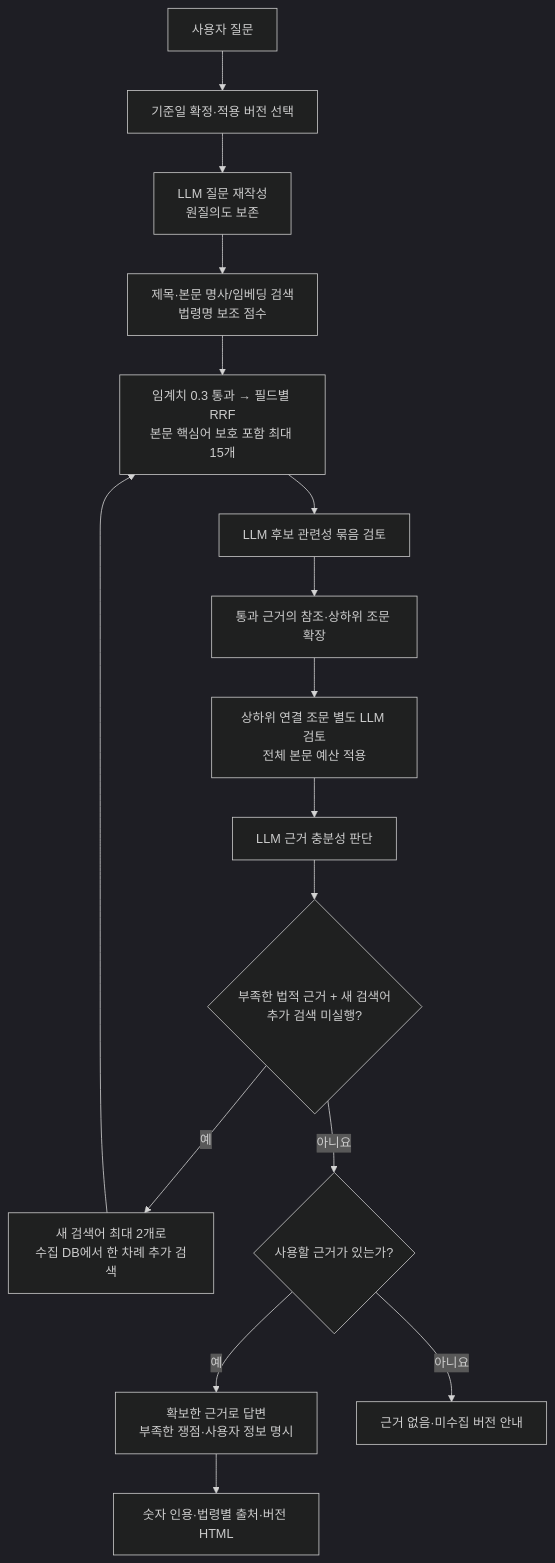
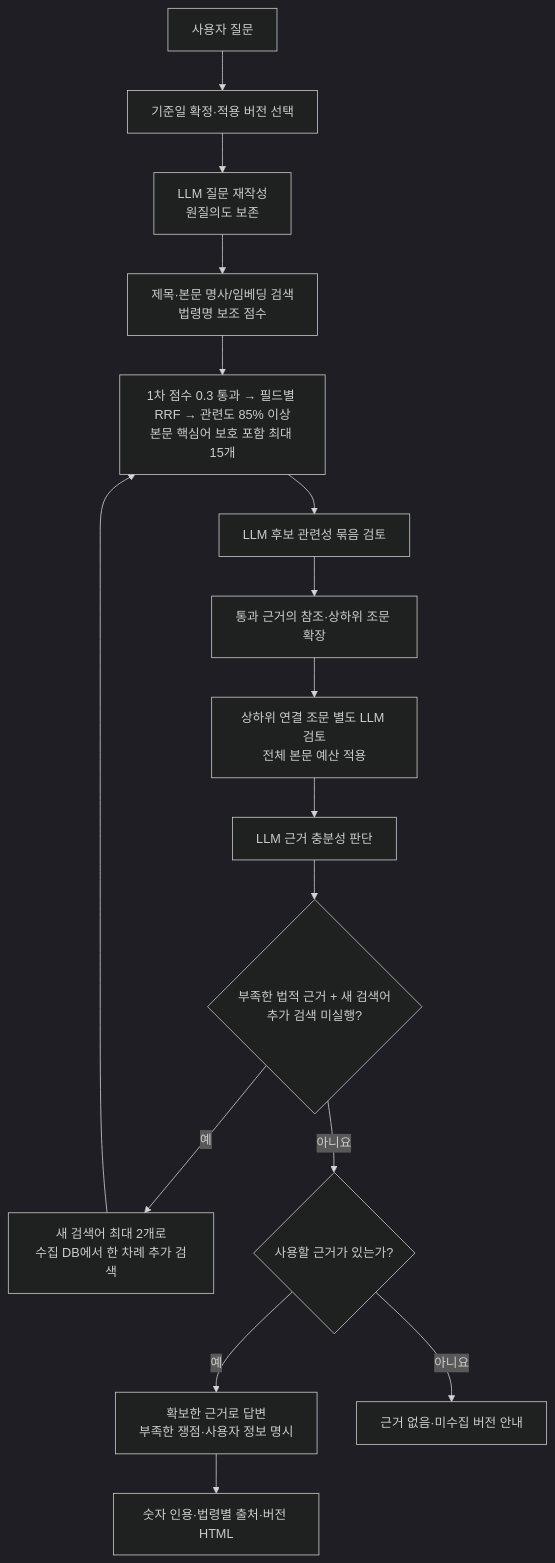
One commit to ilhoonkim/LawRAG changed the third of 3 diagrams in README.md. Above: the diagram before and after it, drawn with Mermaid (dark theme). The commit also changed other lines of this file and 14 other files, not shown here.

````diff
--- a/README.md
+++ b/README.md
@@ -301,18 +301,18 @@
 ```mermaid
 flowchart TD
     Q["사용자 질문"] --> DATE["기준일 확정·적용 버전 선택"]
     DATE --> REWRITE["LLM 질문 재작성<br/>원질의도 보존"]
     REWRITE --> SEARCH["제목·본문 명사/임베딩 검색<br/>법령명 보조 점수"]
-    SEARCH --> RANK["임계치 0.3 통과 → 필드별 RRF<br/>본문 핵심어 보호 포함 최대 15개"]
+    SEARCH --> RANK["1차 점수 0.3 통과 → 필드별 RRF → 관련도 85% 이상<br/>본문 핵심어 보호 포함 최대 15개"]
     RANK --> REVIEW["LLM 후보 관련성 묶음 검토"]
     REVIEW --> EXPAND["통과 근거의 참조·상하위 조문 확장"]
     EXPAND --> LINKS["상하위 연결 조문 별도 LLM 검토<br/>전체 본문 예산 적용"]
     LINKS --> ASSESS["LLM 근거 충분성 판단"]
     ASSESS --> MORE{"부족한 법적 근거 + 새 검색어<br/>추가 검색 미실행?"}
     MORE -->|예| EXTRA["새 검색어 최대 2개로<br/>수집 DB에서 한 차례 추가 검색"]
     EXTRA --> RANK
     MORE -->|아니요| HAS{"사용할 근거가 있는가?"}
     HAS -->|예| ANSWER["확보한 근거로 답변<br/>부족한 쟁점·사용자 정보 명시"]
     HAS -->|아니요| NONE["근거 없음·미수집 버전 안내"]
     ANSWER --> SOURCES["숫자 인용·법령별 출처·버전 HTML"]
 ```
````
